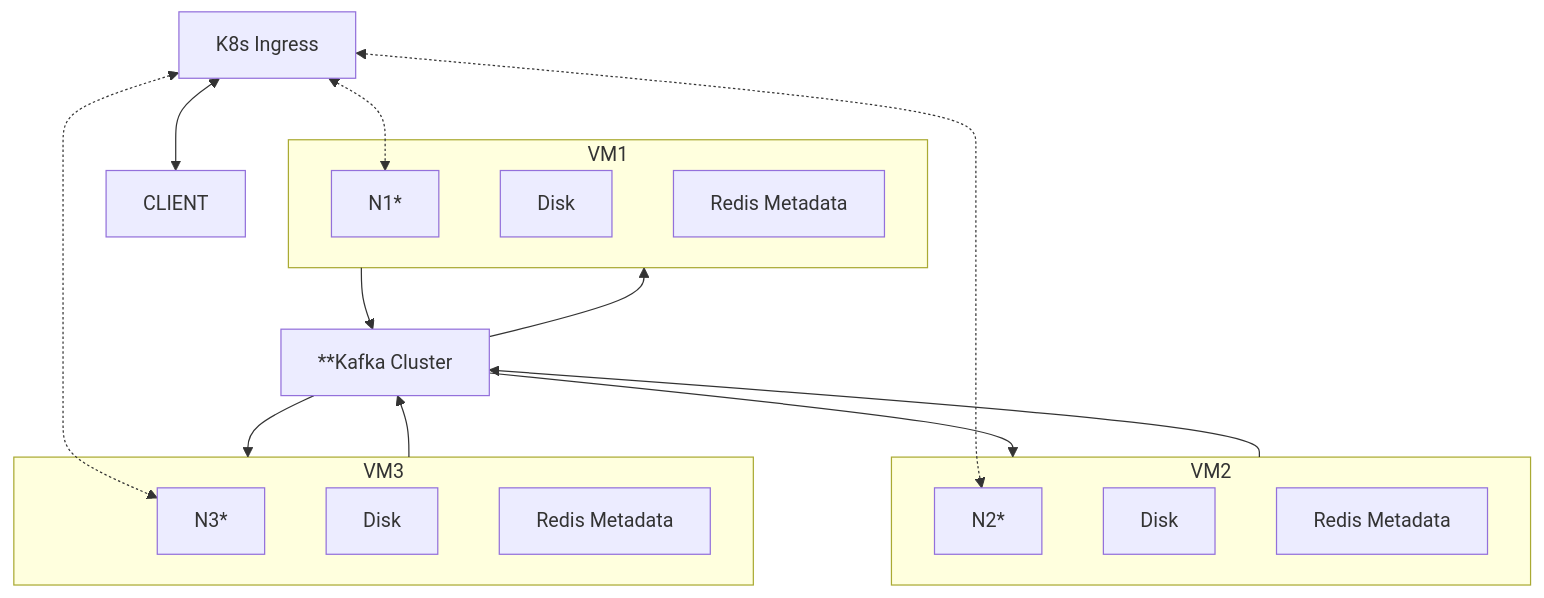
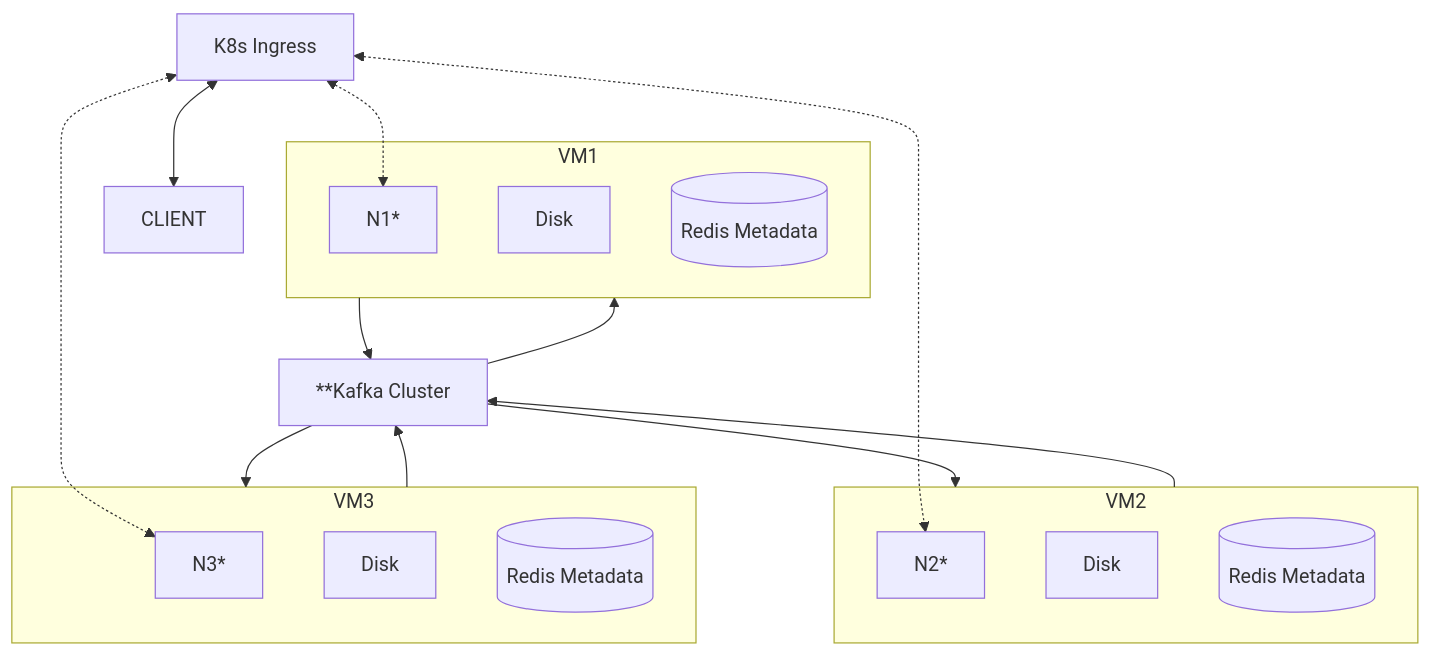
The diagram in README.md (UniversityOfHelsinkiCS/distributed-file-system), drawn with Mermaid before and after one commit.

````diff
--- a/README.md
+++ b/README.md
@@ -3,37 +3,37 @@
 ```mermaid
 graph TD;
     subgraph VM1
         N1*
         Disk1[Disk]
-        Redis1[Redis Metadata]
+        Redis1[(Redis Metadata)]
     end
 
     Kafka[**Kafka Cluster];
 
     subgraph VM2
         N2*
         Disk2[Disk]
-        Redis2[Redis Metadata]
+        Redis2[(Redis Metadata)]
     end
 
     subgraph VM3
         N3*
         Disk3[Disk]
-        Redis3[Redis Metadata]
+        Redis3[(Redis Metadata)]
     end
 
     CLIENT
 
     K8s[K8s Ingress] <--> CLIENT;
 
     K8s <-.-> N1*;
     K8s <-.-> N2*;
     K8s <-.-> N3*;
 
     VM1 --> Kafka;
     Kafka --> VM1;
     VM2 --> Kafka;
     Kafka --> VM2;
     VM3 --> Kafka;
     Kafka --> VM3;
 ```
````
